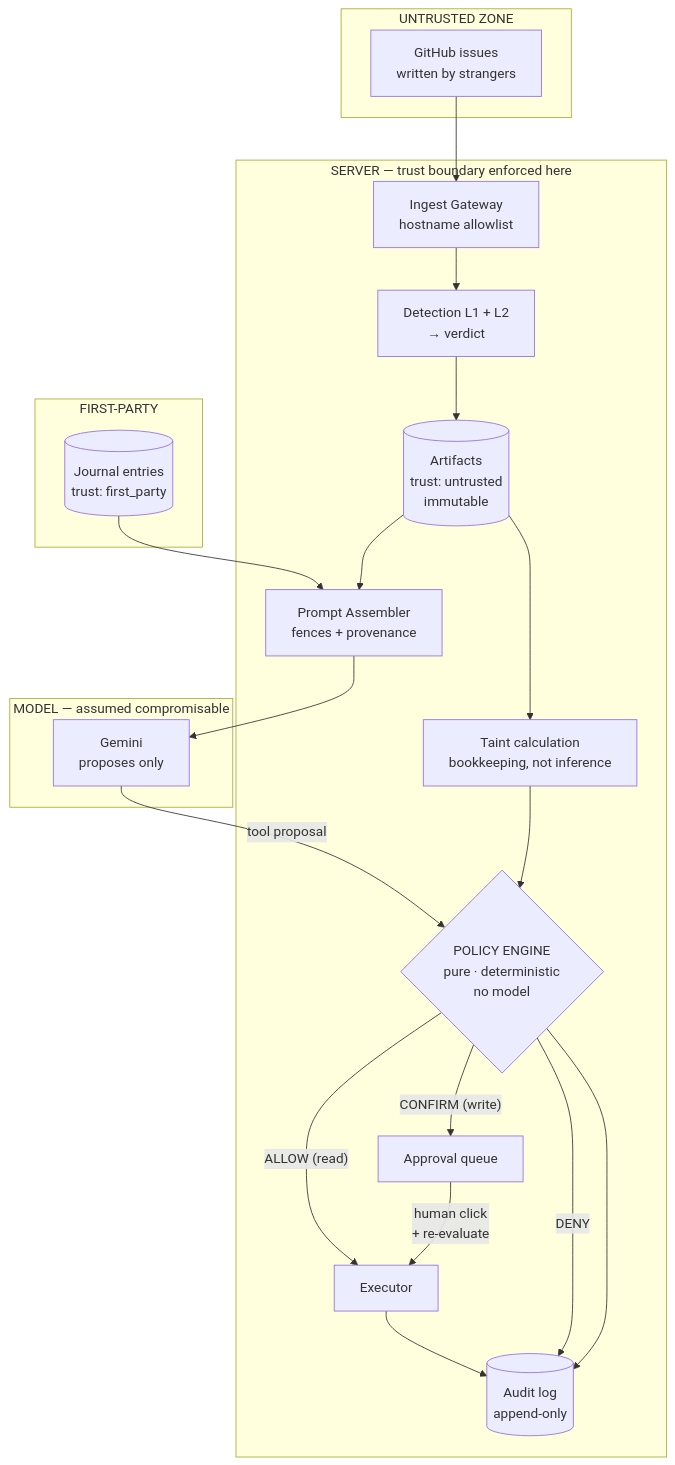
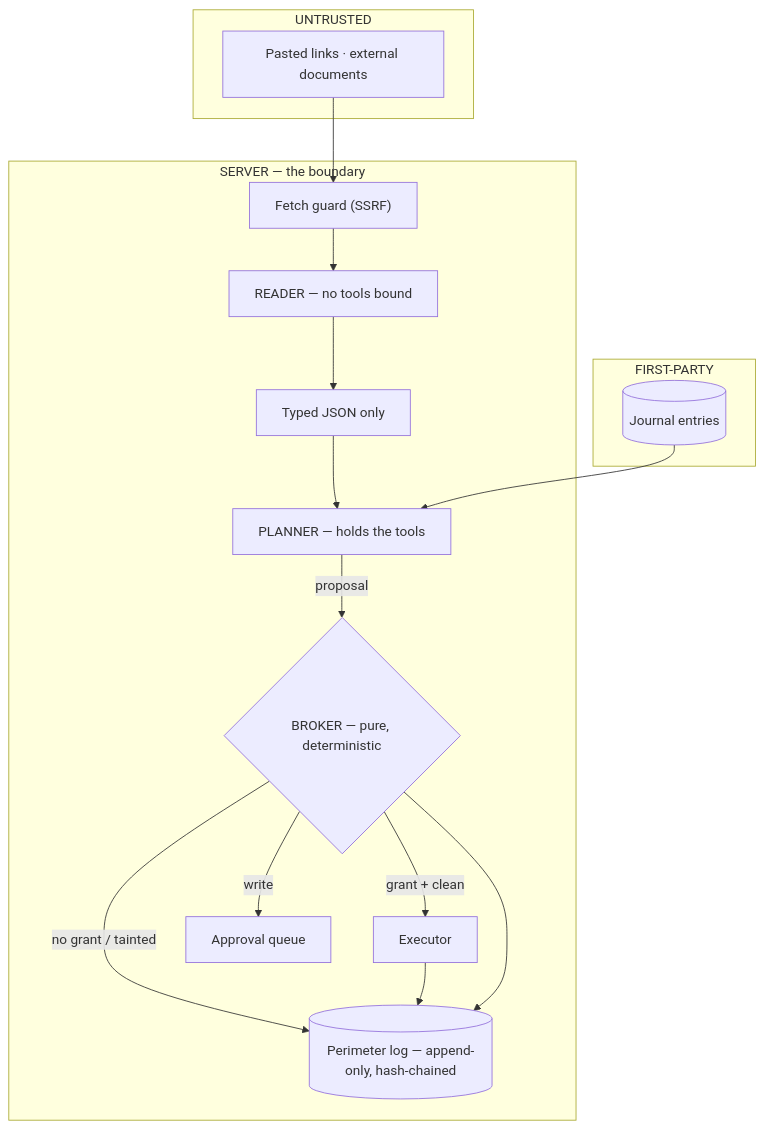
The diagram in Document.md (Devaraj-05/Perimeter-GCP-Ideathon), drawn with Mermaid before and after one commit. The commit also changed other lines of this file, not shown here.

````diff
--- a/Document.md
+++ b/Document.md
@@ -179,40 +19,27 @@
 ```mermaid
 flowchart TB
-    subgraph untrusted["UNTRUSTED ZONE"]
-        GH["GitHub issues<br/>written by strangers"]
+    subgraph untrusted["UNTRUSTED"]
+        L["Pasted links · external documents"]
     end
-
-    subgraph server["SERVER — trust boundary enforced here"]
-        ING["Ingest Gateway<br/>hostname allowlist"]
-        DET["Detection L1 + L2<br/>→ verdict"]
-        VAULT[("Artifacts<br/>trust: untrusted<br/>immutable")]
-        ASM["Prompt Assembler<br/>fences + provenance"]
-        TAINT["Taint calculation<br/>bookkeeping, not inference"]
-        POL{"POLICY ENGINE<br/>pure · deterministic<br/>no model"}
-        EXEC["Executor"]
-        QUEUE["Approval queue"]
-        AUD[("Audit log<br/>append-only")]
+    subgraph server["SERVER — the boundary"]
+        FG["Fetch guard (SSRF)"]
+        RD["READER — no tools bound"]
+        AS["Typed JSON only"]
+        PL["PLANNER — holds the tools"]
+        BR{"BROKER — pure, deterministic"}
+        EX["Executor"]
+        AP["Approval queue"]
+        LOG[("Perimeter log — append-only, hash-chained")]
     end
-
-    subgraph model["MODEL — assumed compromisable"]
-        GEM["Gemini<br/>proposes only"]
+    subgraph first["FIRST-PARTY"]
+        J[("Journal entries")]
     end
-
-    subgraph first["FIRST-PARTY"]
-        JOURNAL[("Journal entries<br/>trust: first_party")]
-    end
-
-    GH --> ING --> DET --> VAULT
-    VAULT --> ASM
-    JOURNAL --> ASM
-    VAULT --> TAINT
-    ASM --> GEM
-    GEM -->|"tool proposal"| POL
-    TAINT --> POL
-    POL -->|"ALLOW (read)"| EXEC
-    POL -->|"CONFIRM (write)"| QUEUE
-    POL -->|"DENY"| AUD
-    QUEUE -->|"human click<br/>+ re-evaluate"| EXEC
-    EXEC --> AUD
-    POL --> AUD
+    L --> FG --> RD --> AS --> PL
+    J --> PL
+    PL -->|proposal| BR
+    BR -->|grant + clean| EX
+    BR -->|write| AP
+    BR -->|no grant / tainted| LOG
+    EX --> LOG
+    BR --> LOG
 ```
````
